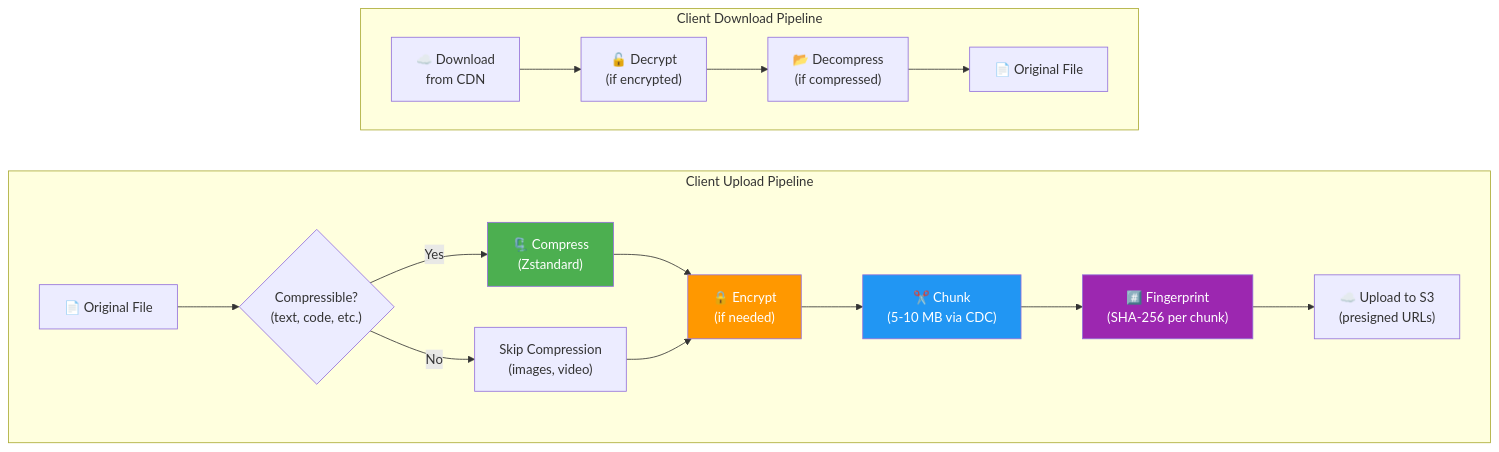
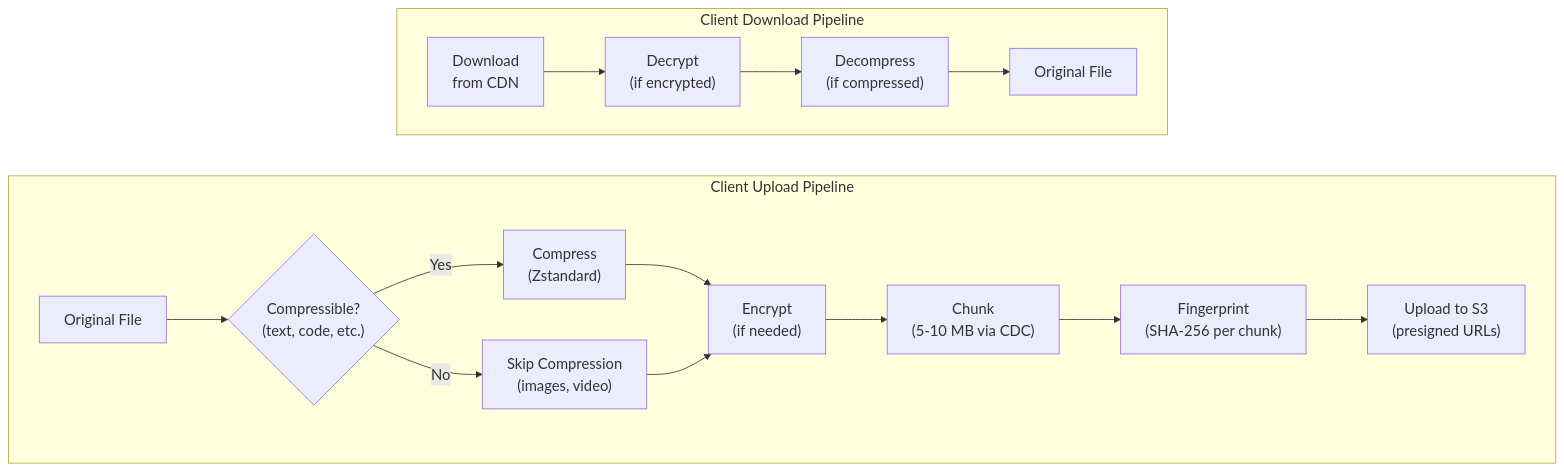
One commit to vipi-n/swe-101 changed diagram 13 of 15 in hld/dropbox.md. Above: the diagram before and after it, drawn with Mermaid. The commit also changed other lines of this file, not shown here.

````diff
--- a/hld/dropbox.md
+++ b/hld/dropbox.md
@@ -816,26 +807,22 @@
 ```mermaid
+%%{init: {'theme': 'default', 'themeVariables': {'fontSize': '18px'}}}%%
 graph LR
     subgraph "Client Upload Pipeline"
         direction LR
-        A["📄 Original File"] --> B{"Compressible?<br/>(text, code, etc.)"}
-        B -->|Yes| C["🗜️ Compress<br/>(Zstandard)"]
+        A["Original File"] --> B{"Compressible?<br/>(text, code, etc.)"}
+        B -->|Yes| C["Compress<br/>(Zstandard)"]
         B -->|No| D["Skip Compression<br/>(images, video)"]
-        C --> E["🔒 Encrypt<br/>(if needed)"]
+        C --> E["Encrypt<br/>(if needed)"]
         D --> E
-        E --> F["✂️ Chunk<br/>(5-10 MB via CDC)"]
-        F --> G["#️⃣ Fingerprint<br/>(SHA-256 per chunk)"]
-        G --> H["☁️ Upload to S3<br/>(presigned URLs)"]
+        E --> F["Chunk<br/>(5-10 MB via CDC)"]
+        F --> G["Fingerprint<br/>(SHA-256 per chunk)"]
+        G --> H["Upload to S3<br/>(presigned URLs)"]
     end
 
     subgraph "Client Download Pipeline"
         direction LR
-        I["☁️ Download<br/>from CDN"] --> J["🔓 Decrypt<br/>(if encrypted)"]
-        J --> K["📂 Decompress<br/>(if compressed)"]
-        K --> L["📄 Original File"]
+        I["Download<br/>from CDN"] --> J["Decrypt<br/>(if encrypted)"]
+        J --> K["Decompress<br/>(if compressed)"]
+        K --> L["Original File"]
     end
-
-    style C fill:#4CAF50,color:#fff
-    style E fill:#FF9800,color:#fff
-    style F fill:#2196F3,color:#fff
-    style G fill:#9C27B0,color:#fff
 ```
````
